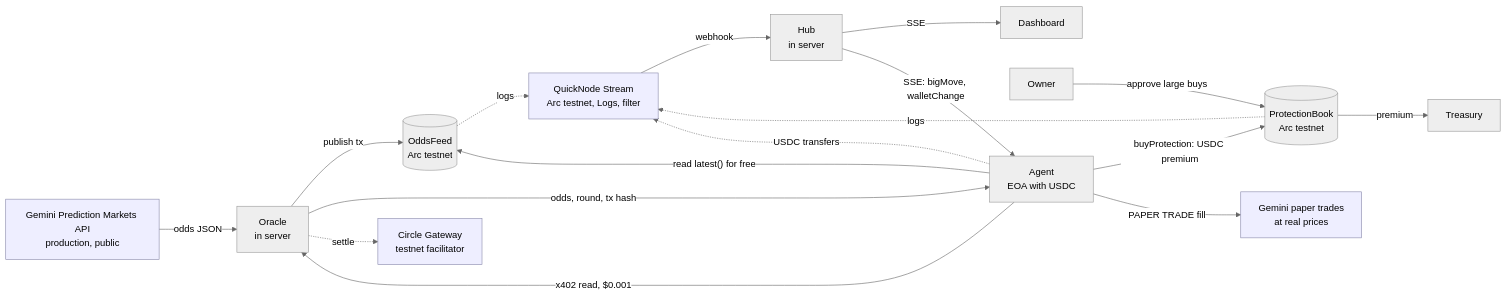
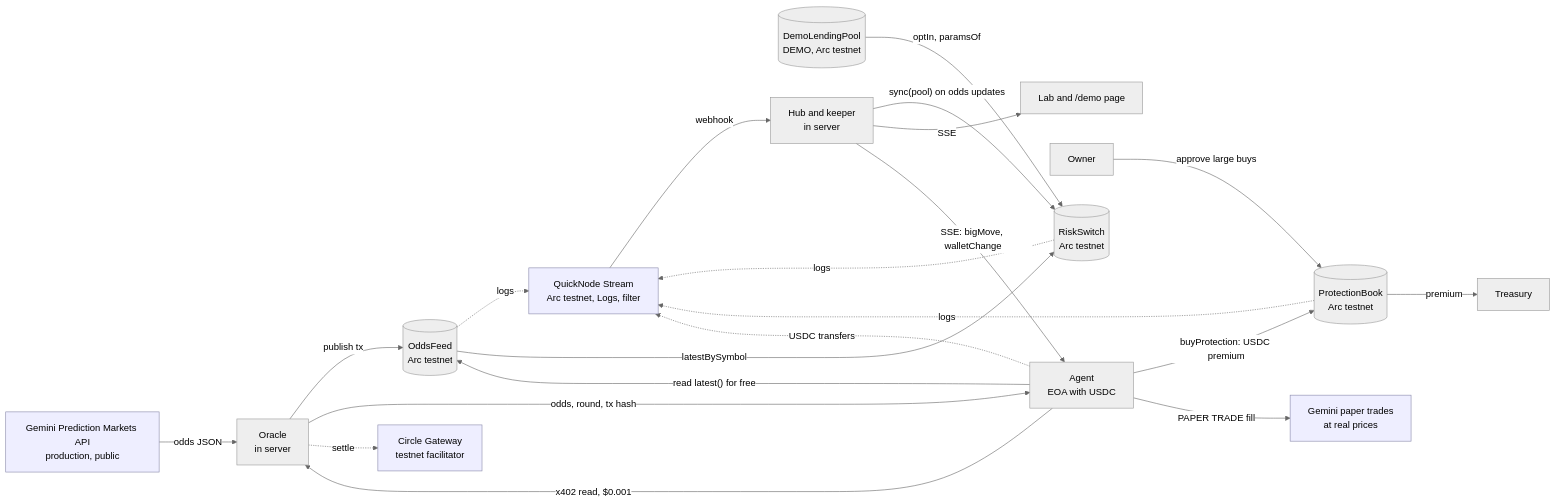
The diagram in PLAN.md (DhruPtel/UBC-2026-Probability-Oracle), drawn with Mermaid (neutral theme) before and after one commit. The commit also changed other lines of this file and 12 other files, not shown here.

````diff
--- a/PLAN.md
+++ b/PLAN.md
@@ -212,20 +221,24 @@
 ```mermaid
 flowchart LR
   GEM[Gemini Prediction Markets API<br/>production, public]:::ext -->|odds JSON| ORA[Oracle<br/>in server]
   ORA -->|publish tx| FEED[(OddsFeed<br/>Arc testnet)]
   AG[Agent<br/>EOA with USDC] -->|"x402 read, $0.001"| ORA
   ORA -->|odds, round, tx hash| AG
   ORA -.->|settle| GW[Circle Gateway<br/>testnet facilitator]:::ext
   AG -->|"read latest() for free"| FEED
   AG -->|buyProtection: USDC premium| BOOK[(ProtectionBook<br/>Arc testnet)]
   BOOK -->|premium| TRE[Treasury]
   OWN[Owner] -->|approve large buys| BOOK
   AG -->|PAPER TRADE fill| GEX[Gemini paper trades<br/>at real prices]:::ext
   FEED -.->|logs| QN[QuickNode Stream<br/>Arc testnet, Logs, filter]:::ext
   BOOK -.->|logs| QN
   AG -.->|USDC transfers| QN
-  QN -->|webhook| HUB[Hub<br/>in server]
-  HUB -->|SSE| DASH[Dashboard]
+  FEED -->|latestBySymbol| RS[(RiskSwitch<br/>Arc testnet)]
+  POOL[(DemoLendingPool<br/>DEMO, Arc testnet)] -->|"optIn, paramsOf"| RS
+  RS -.->|logs| QN
+  QN -->|webhook| HUB[Hub and keeper<br/>in server]
+  HUB -->|"sync(pool) on odds updates"| RS
+  HUB -->|SSE| DASH[Lab and /demo page]
   HUB -->|"SSE: bigMove, walletChange"| AG
   classDef ext fill:#eef,stroke:#88a
 ```
````
